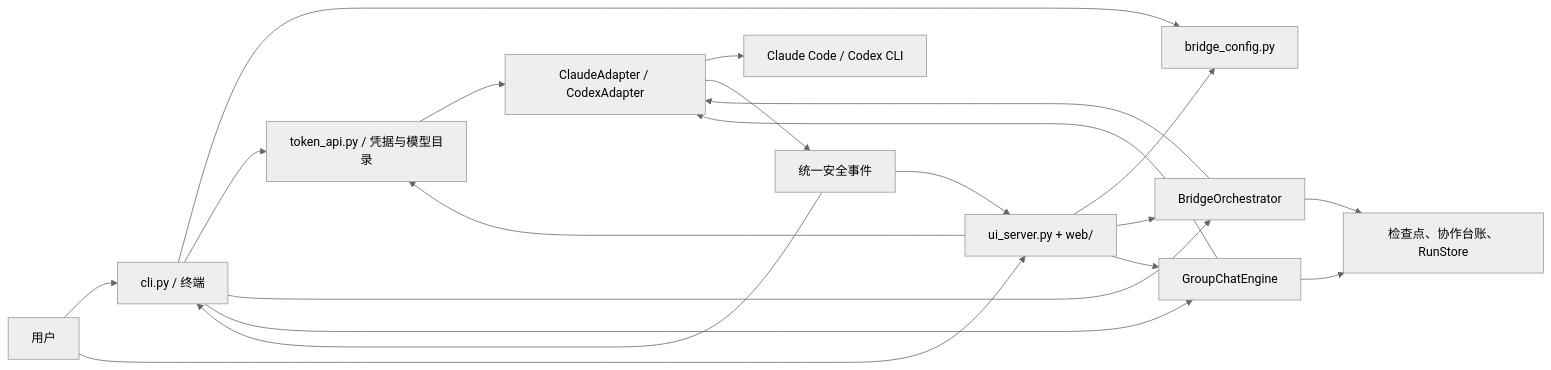
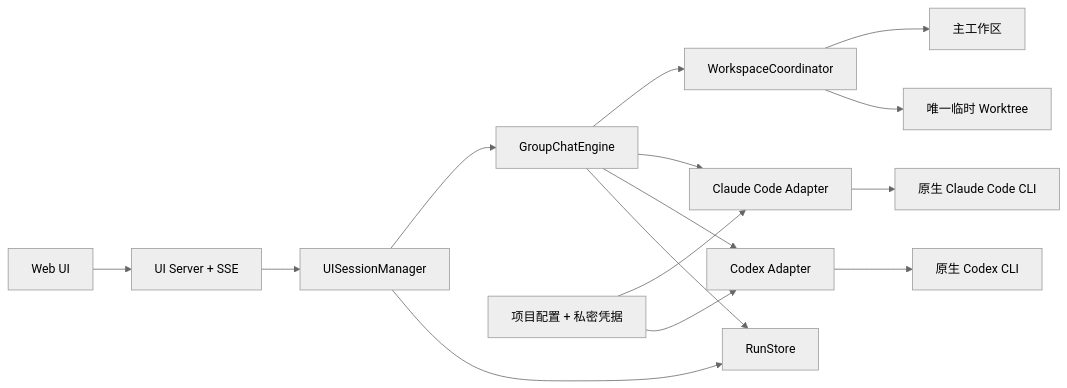
One commit to nailding1123/mutiagent changed the second of 2 diagrams in README.md. Above: the diagram before and after it, drawn with Mermaid (neutral theme). The commit also changed other lines of this file and 52 other files, not shown here.

````diff
--- a/README.md
+++ b/README.md
@@ -901,22 +332,17 @@
 ```mermaid
 flowchart LR
-    U["用户"] --> CLI["cli.py / 终端"]
-    U --> WEB["ui_server.py + web/"]
-    CLI --> CFG["bridge_config.py"]
-    WEB --> CFG
-    CLI --> TOKEN["token_api.py / 凭据与模型目录"]
-    WEB --> TOKEN
-    CLI --> WF["BridgeOrchestrator"]
-    WEB --> WF
-    CLI --> GC["GroupChatEngine"]
-    WEB --> GC
-    WF --> AD["ClaudeAdapter / CodexAdapter"]
-    GC --> AD
-    TOKEN --> AD
-    AD --> NATIVE["Claude Code / Codex CLI"]
-    WF --> STATE["检查点、协作台账、RunStore"]
-    GC --> STATE
-    AD --> EVENTS["统一安全事件"]
-    EVENTS --> CLI
-    EVENTS --> WEB
+  Browser["Web UI"] --> HTTP["UI Server + SSE"]
+  HTTP --> Session["UISessionManager"]
+  Session --> Chat["GroupChatEngine"]
+  Chat --> Coordinator["WorkspaceCoordinator"]
+  Chat --> Claude["Claude Code Adapter"]
+  Chat --> Codex["Codex Adapter"]
+  Claude --> ClaudeCLI["原生 Claude Code CLI"]
+  Codex --> CodexCLI["原生 Codex CLI"]
+  Session --> Store["RunStore"]
+  Chat --> Store
+  Settings["项目配置 + 私密凭据"] --> Claude
+  Settings --> Codex
+  Coordinator --> Main["主工作区"]
+  Coordinator --> WT["唯一临时 Worktree"]
 ```
````
